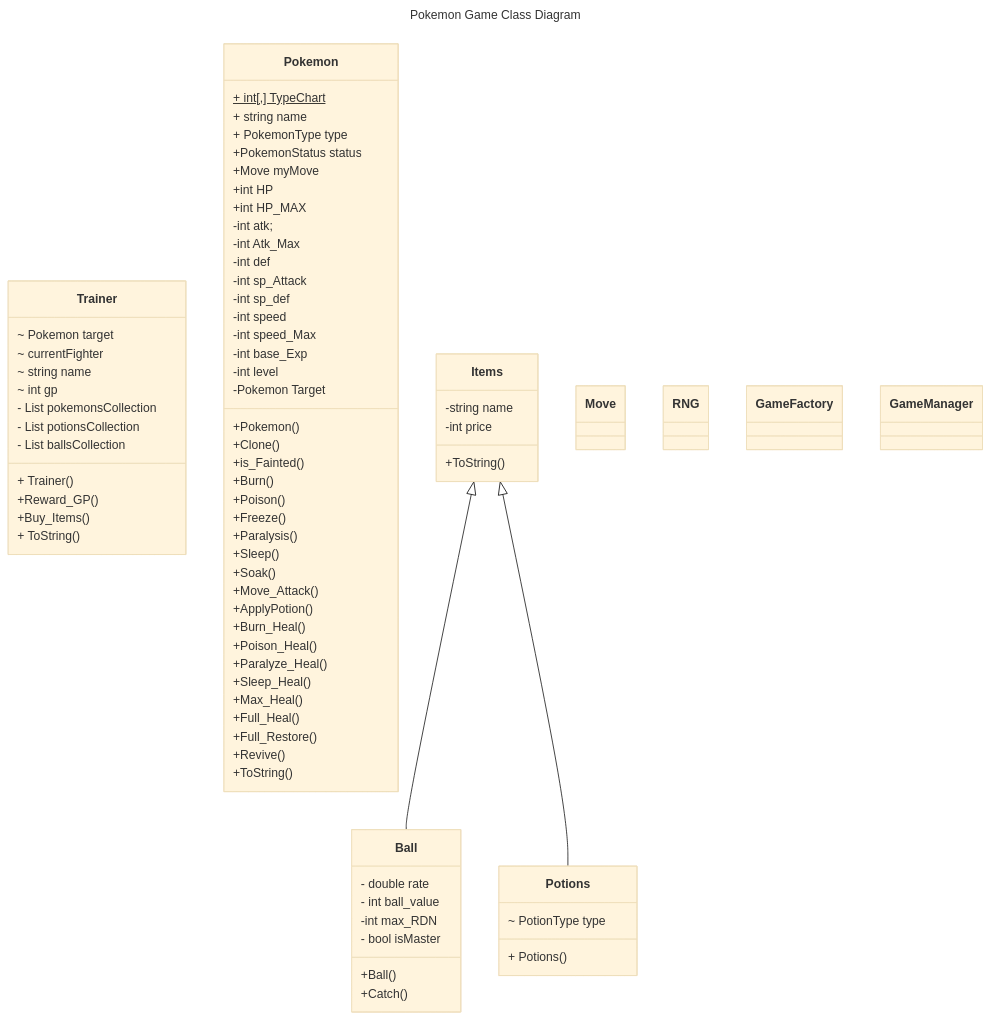
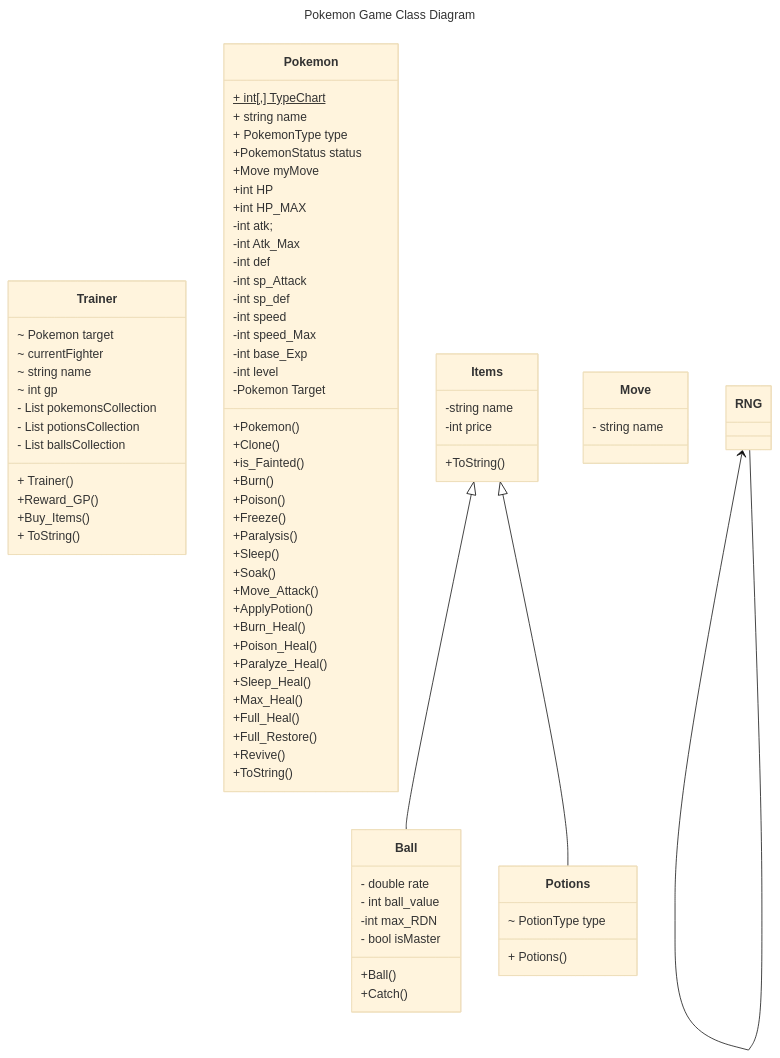
Before and after one commit to jinxsu/TextBased-Pokemon: the diagram in README.md, drawn with Mermaid (base theme).

```diff
--- a/README.md
+++ b/README.md
@@ -76,13 +76,10 @@
        + Potions()
     }
 class Move{
+        - string name
 }
-class RNG{
-}
-class GameFactory{
-}
-class GameManager{
-}
+RNG<--RNG
+
 
 
 
```
